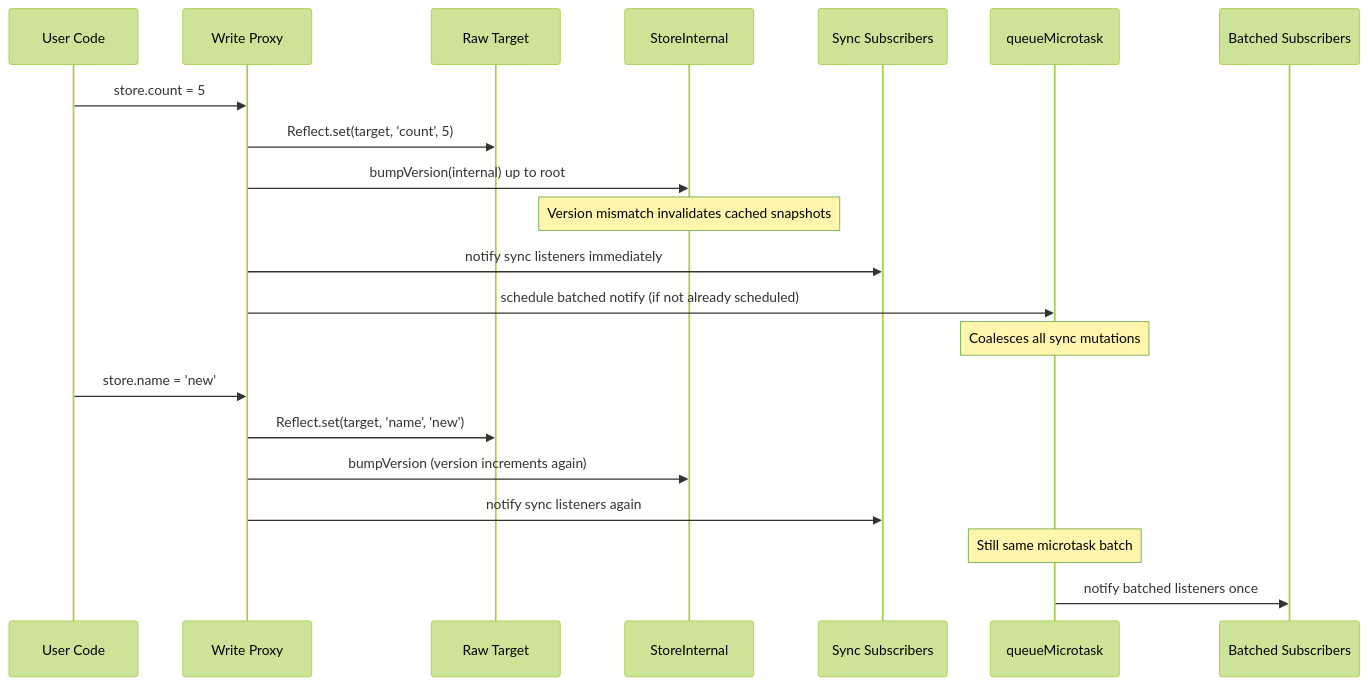
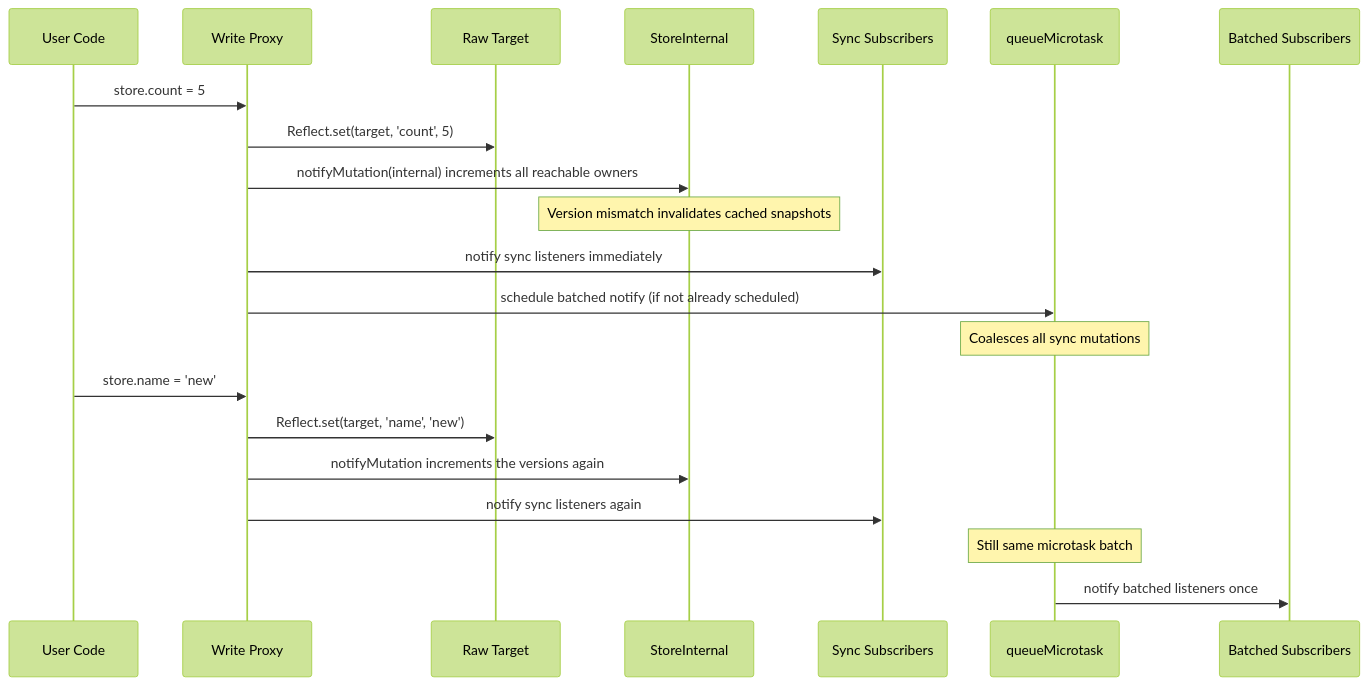
Before and after one commit to codeBelt/classy-store: the second of 8 diagrams in website/content/docs/ARCHITECTURE.md, drawn with Mermaid (forest theme). The commit also changed other lines of this file and 55 other files, not shown here.

````diff
--- a/website/content/docs/ARCHITECTURE.md
+++ b/website/content/docs/ARCHITECTURE.md
@@ -148,24 +149,24 @@
 ```mermaid
 sequenceDiagram
   participant User as User Code
   participant Proxy as Write Proxy
   participant Target as Raw Target
   participant Internal as StoreInternal
   participant Sync as Sync Subscribers
   participant Micro as queueMicrotask
   participant Batched as Batched Subscribers
 
   User->>Proxy: store.count = 5
   Proxy->>Target: Reflect.set(target, 'count', 5)
-  Proxy->>Internal: bumpVersion(internal) up to root
+  Proxy->>Internal: notifyMutation(internal) increments all reachable owners
   Note over Internal: Version mismatch invalidates cached snapshots
   Proxy->>Sync: notify sync listeners immediately
   Proxy->>Micro: schedule batched notify (if not already scheduled)
   Note over Micro: Coalesces all sync mutations
   User->>Proxy: store.name = 'new'
   Proxy->>Target: Reflect.set(target, 'name', 'new')
-  Proxy->>Internal: bumpVersion (version increments again)
+  Proxy->>Internal: notifyMutation increments the versions again
   Proxy->>Sync: notify sync listeners again
   Note over Micro: Still same microtask batch
   Micro->>Batched: notify batched listeners once
 ```
````
